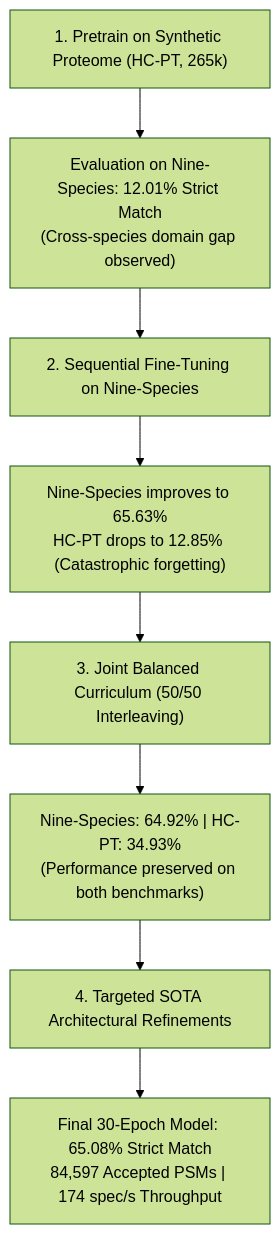
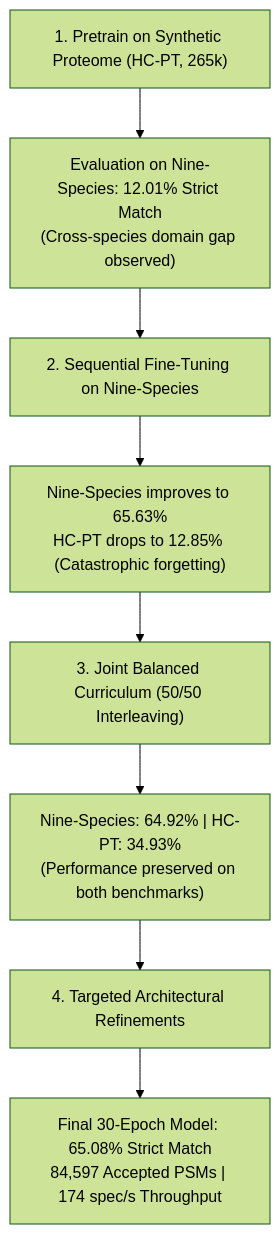
Before and after one commit to joelinator/JoelResearch: the second of 2 diagrams in PRESENTATION_OF_RESULTS.md, drawn with Mermaid (forest theme). The commit also changed other lines of this file and 8 other files, not shown here.

````diff
--- a/PRESENTATION_OF_RESULTS.md
+++ b/PRESENTATION_OF_RESULTS.md
@@ -92,10 +92,10 @@
 ```mermaid
 flowchart TD
     Phase1["1. Pretrain on Synthetic Proteome (HC-PT, 265k)"] --> E1["Evaluation on Nine-Species: 12.01% Strict Match<br>(Cross-species domain gap observed)"]
     E1 --> Phase2["2. Sequential Fine-Tuning on Nine-Species"]
     Phase2 --> E2["Nine-Species improves to 65.63%<br>HC-PT drops to 12.85% (Catastrophic forgetting)"]
     E2 --> Phase3["3. Joint Balanced Curriculum (50/50 Interleaving)"]
     Phase3 --> E3["Nine-Species: 64.92% | HC-PT: 34.93%<br>(Performance preserved on both benchmarks)"]
-    E3 --> Phase4["4. Targeted SOTA Architectural Refinements"]
+    E3 --> Phase4["4. Targeted Architectural Refinements"]
     Phase4 --> E4["Final 30-Epoch Model: 65.08% Strict Match<br>84,597 Accepted PSMs | 174 spec/s Throughput"]
 ```
````
